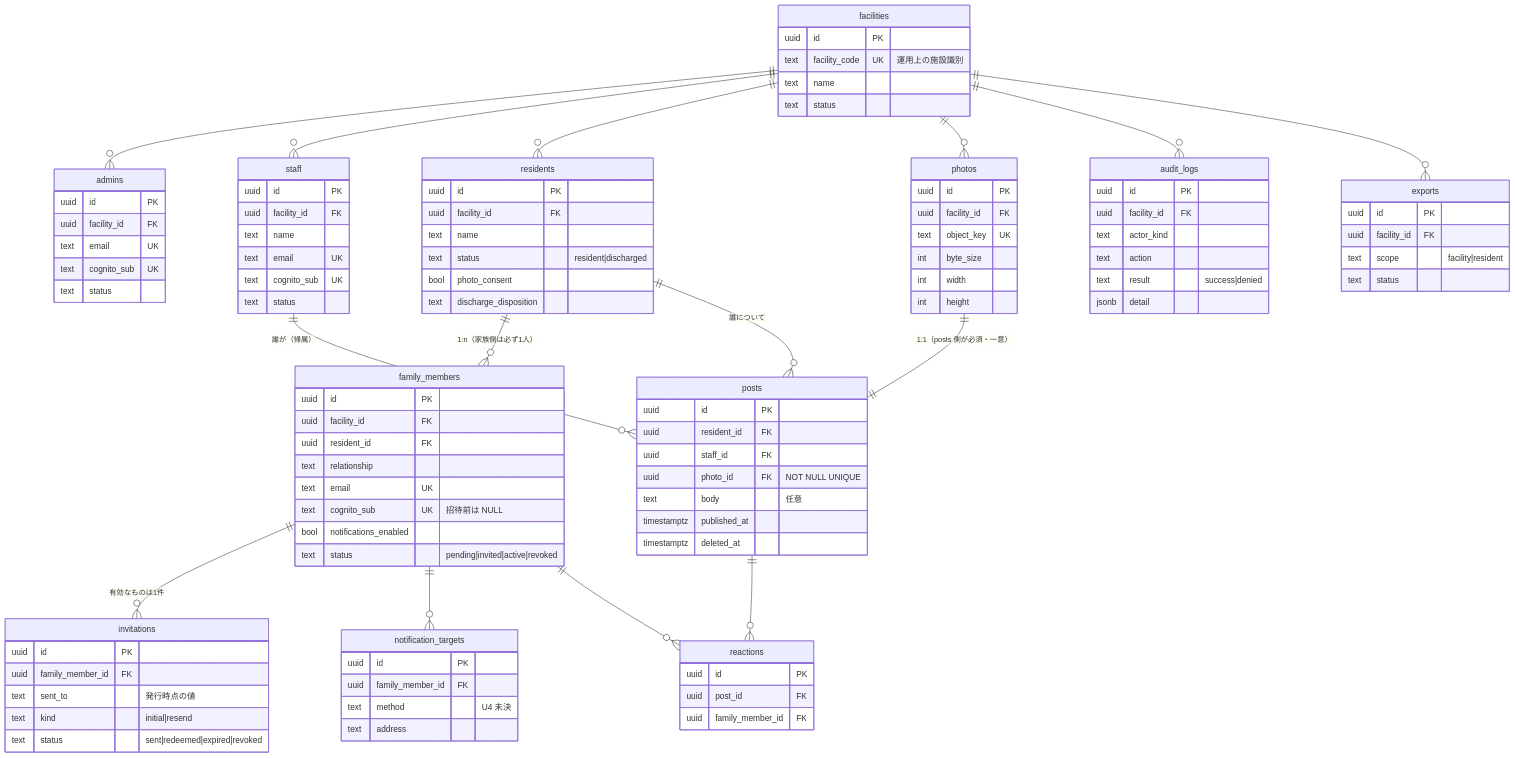
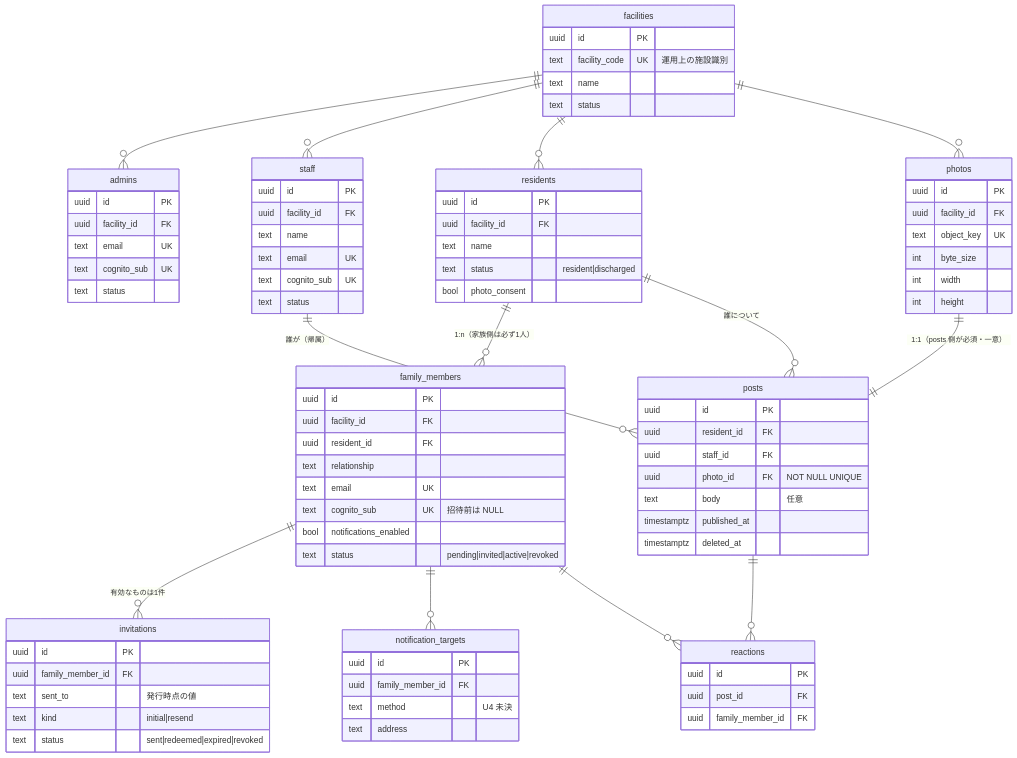
Before and after one commit to nakashita-abc/tsunagu: the diagram in docs/08_DB設計.md, drawn with Mermaid. The commit also changed other lines of this file and 7 other files, not shown here.

````diff
--- a/docs/08_DB設計.md
+++ b/docs/08_DB設計.md
@@ -70,8 +70,6 @@
     facilities ||--o{ staff : ""
     facilities ||--o{ residents : ""
     facilities ||--o{ photos : ""
-    facilities ||--o{ audit_logs : ""
-    facilities ||--o{ exports : ""
 
     residents      ||--o{ family_members : "1:n（家族側は必ず1人）"
     family_members ||--o{ invitations : "有効なものは1件"
@@ -111,7 +109,6 @@
         text name
         text status "resident|discharged"
         bool photo_consent
-        text discharge_disposition
     }
     family_members {
         uuid id PK
@@ -158,18 +155,4 @@
         text method "U4 未決"
         text address
     }
-    audit_logs {
-        uuid id PK
-        uuid facility_id FK
-        text actor_kind
-        text action
-        text result "success|denied"
-        jsonb detail
-    }
-    exports {
-        uuid id PK
-        uuid facility_id FK
-        text scope "facility|resident"
-        text status
-    }
 ```
````
